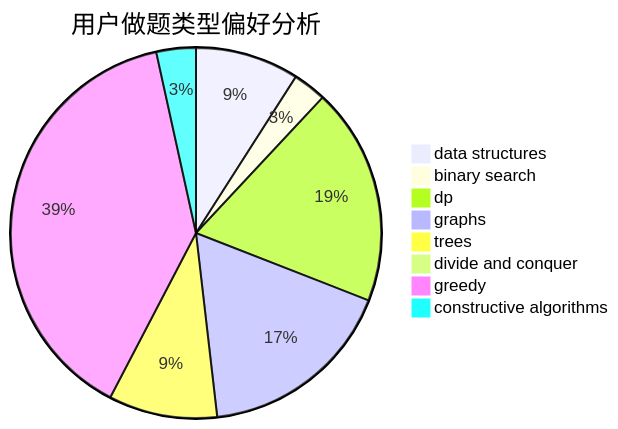
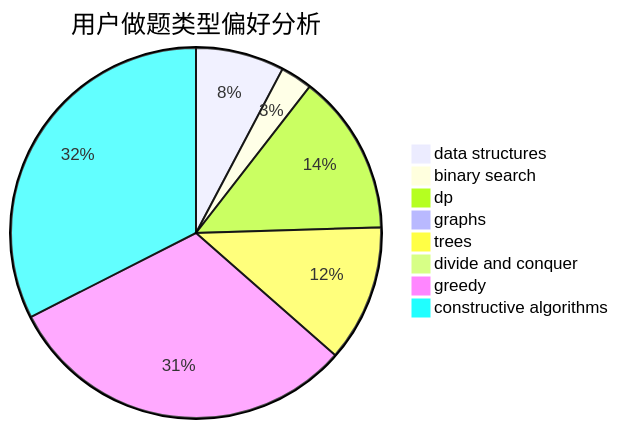
Before and after one commit to sherpahu/cfrs.github.io: the second of 3 diagrams in docs/user/u2221.md, drawn with Mermaid. The commit also changed other lines of this file and 2770 other files, not shown here.

````diff
--- a/docs/user/u2221.md
+++ b/docs/user/u2221.md
@@ -23,11 +23,11 @@
 ```mermaid
 pie title 用户做题类型偏好分析
-    "data structures" :  84
-    "binary search" :  27
-    "dp" :  176
-    "graphs" :  160
-    "trees" :  88
-    "divide and conquer" :  1
-    "greedy" :  361
-    "constructive algorithms" :  32
+    "data structures" :  64
+    "binary search" :  23
+    "dp" :  116
+    "graphs" :  2
+    "trees" :  99
+    "divide and conquer" :  0
+    "greedy" :  257
+    "constructive algorithms" :  269
 ```
````
